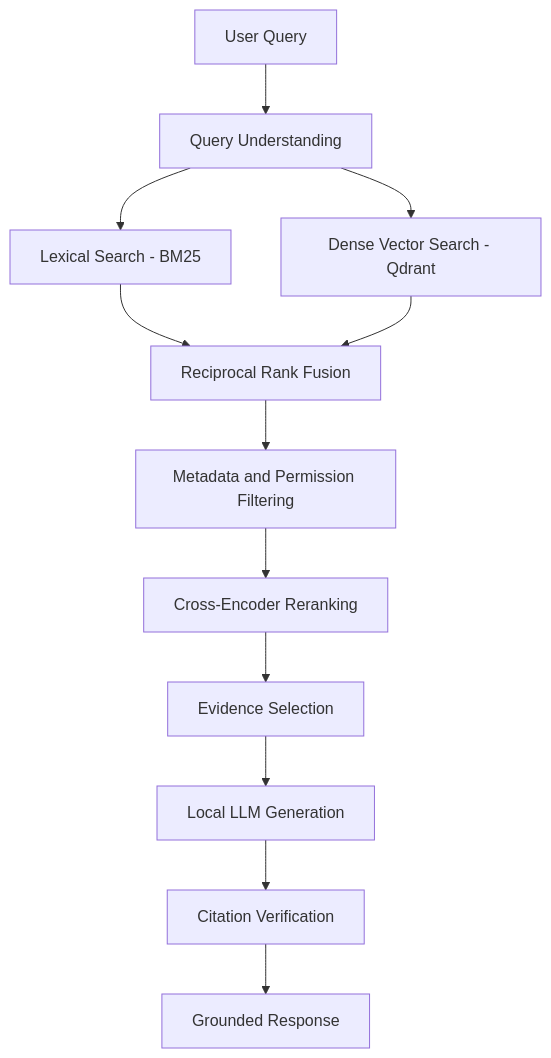
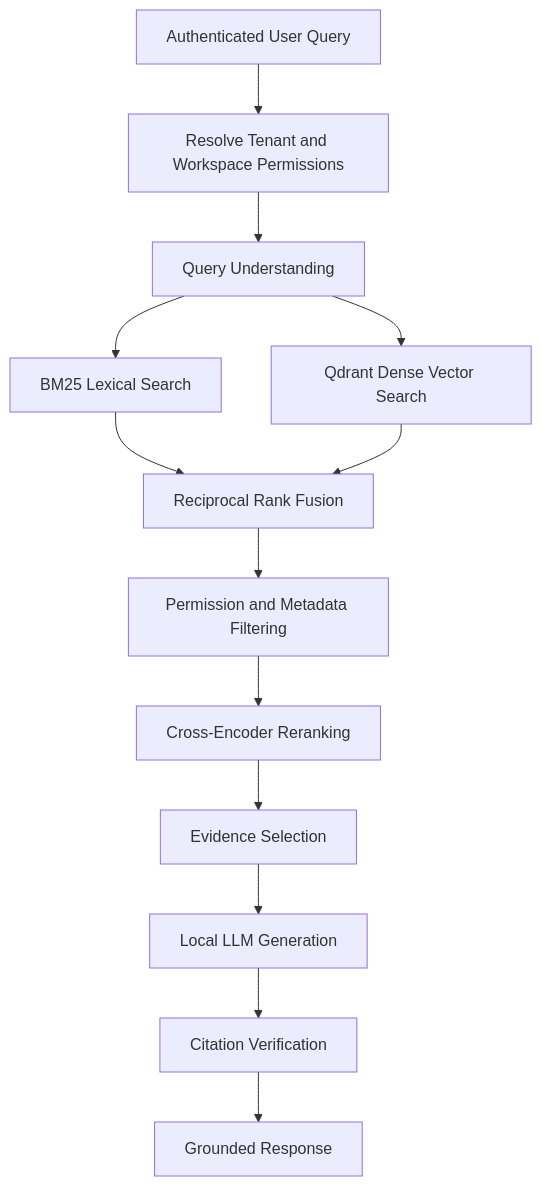
Before and after one commit to diptu/documentMind: the third of 4 diagrams in README.md, drawn with Mermaid. The commit also changed other lines of this file, not shown here.

````diff
--- a/README.md
+++ b/README.md
@@ -138,16 +458,15 @@
-```mermaid
+``` mermaid
 flowchart TD
-    A[User Query] --> B[Query Understanding]
-    B --> C[Lexical Search - BM25]
-    B --> D[Dense Vector Search - Qdrant]
-
-    C --> E[Reciprocal Rank Fusion]
-    D --> E
-
-    E --> F[Metadata and Permission Filtering]
-    F --> G[Cross-Encoder Reranking]
-    G --> H[Evidence Selection]
-    H --> I[Local LLM Generation]
-    I --> J[Citation Verification]
-    J --> K[Grounded Response]
+    A[Authenticated User Query] --> B[Resolve Tenant and Workspace Permissions]
+    B --> C[Query Understanding]
+    C --> D[BM25 Lexical Search]
+    C --> E[Qdrant Dense Vector Search]
+    D --> F[Reciprocal Rank Fusion]
+    E --> F
+    F --> G[Permission and Metadata Filtering]
+    G --> H[Cross-Encoder Reranking]
+    H --> I[Evidence Selection]
+    I --> J[Local LLM Generation]
+    J --> K[Citation Verification]
+    K --> L[Grounded Response]
 ```
````
